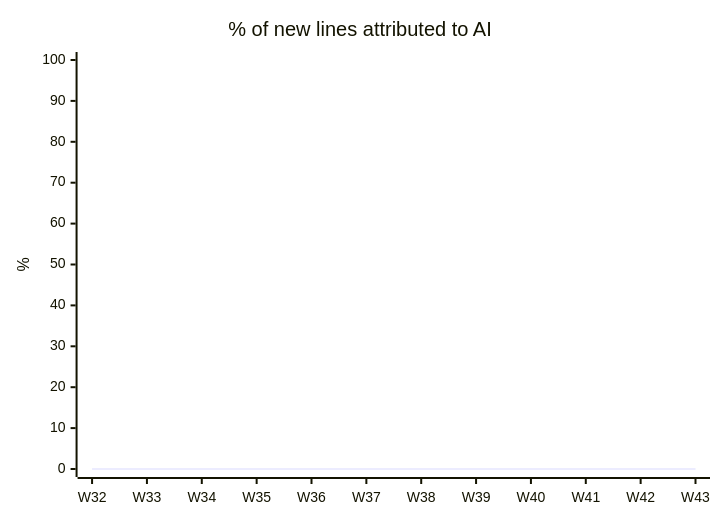
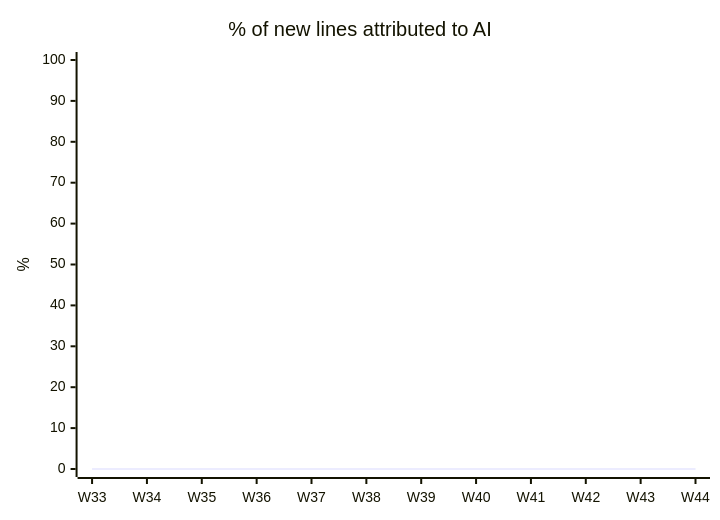
One commit to fromwaydowntown/ai-use changed the diagram in docs/AI_USAGE.md. Above: the diagram before and after it, drawn with Mermaid. The commit also changed other lines of this file, not shown here.

````diff
--- a/docs/AI_USAGE.md
+++ b/docs/AI_USAGE.md
@@ -17,7 +17,7 @@
 ```mermaid
 xychart-beta
     title "% of new lines attributed to AI"
-    x-axis ["W32", "W33", "W34", "W35", "W36", "W37", "W38", "W39", "W40", "W41", "W42", "W43"]
+    x-axis ["W33", "W34", "W35", "W36", "W37", "W38", "W39", "W40", "W41", "W42", "W43", "W44"]
     y-axis "%" 0 --> 100
     line [0, 0, 0, 0, 0, 0, 0, 0, 0, 0, 0, 0]
 ```
````
